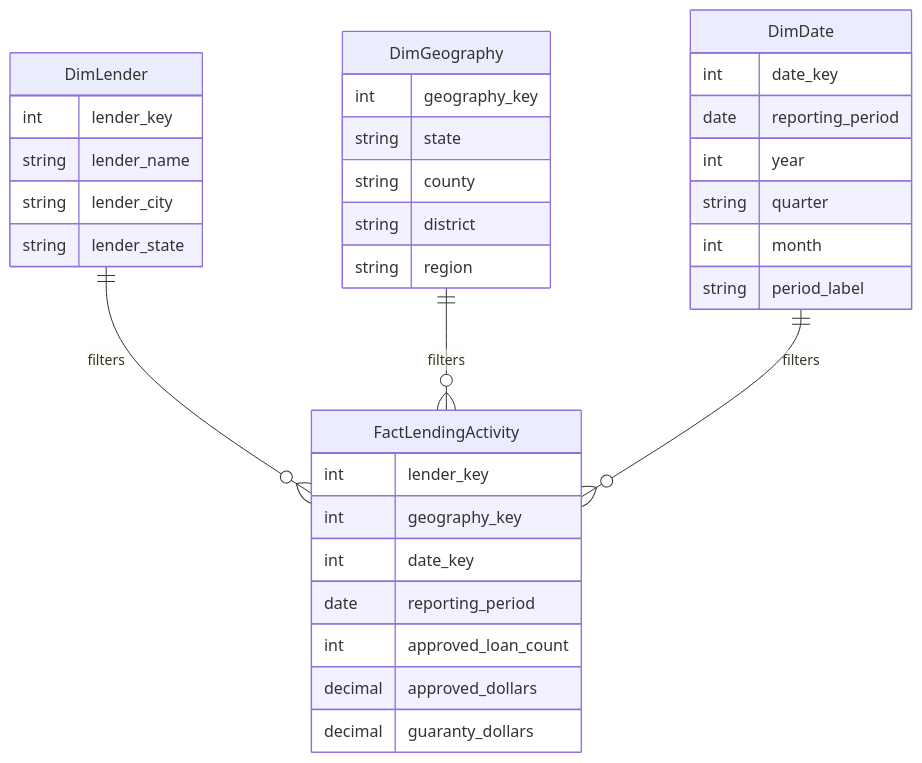
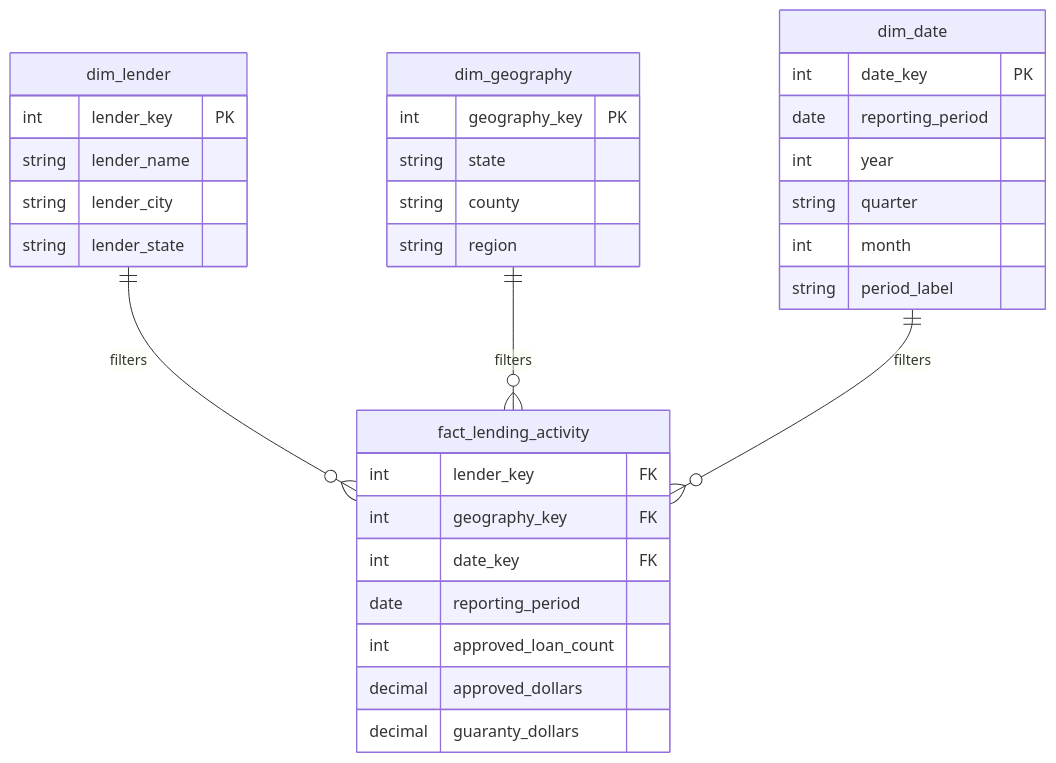
Before and after one commit to KarimAmer45/financial-portfolio-data-bi-project: the second of 2 diagrams in docs/architecture.md, drawn with Mermaid. The commit also changed other lines of this file and 3 other files, not shown here.

Commit message:
Rewrite README and architecture docs for the current stack

````diff
--- a/docs/architecture.md
+++ b/docs/architecture.md
@@ -20,36 +28,35 @@
 ```mermaid
 erDiagram
-    FactLendingActivity {
-        int lender_key
-        int geography_key
-        int date_key
+    fact_lending_activity {
+        int lender_key FK
+        int geography_key FK
+        int date_key FK
         date reporting_period
         int approved_loan_count
         decimal approved_dollars
         decimal guaranty_dollars
     }
-    DimLender {
-        int lender_key
+    dim_lender {
+        int lender_key PK
         string lender_name
         string lender_city
         string lender_state
     }
-    DimGeography {
-        int geography_key
+    dim_geography {
+        int geography_key PK
         string state
         string county
-        string district
         string region
     }
-    DimDate {
-        int date_key
+    dim_date {
+        int date_key PK
         date reporting_period
         int year
         string quarter
         int month
         string period_label
     }
-    DimLender ||--o{ FactLendingActivity : filters
-    DimGeography ||--o{ FactLendingActivity : filters
-    DimDate ||--o{ FactLendingActivity : filters
+    dim_lender ||--o{ fact_lending_activity : filters
+    dim_geography ||--o{ fact_lending_activity : filters
+    dim_date ||--o{ fact_lending_activity : filters
 ```
````
